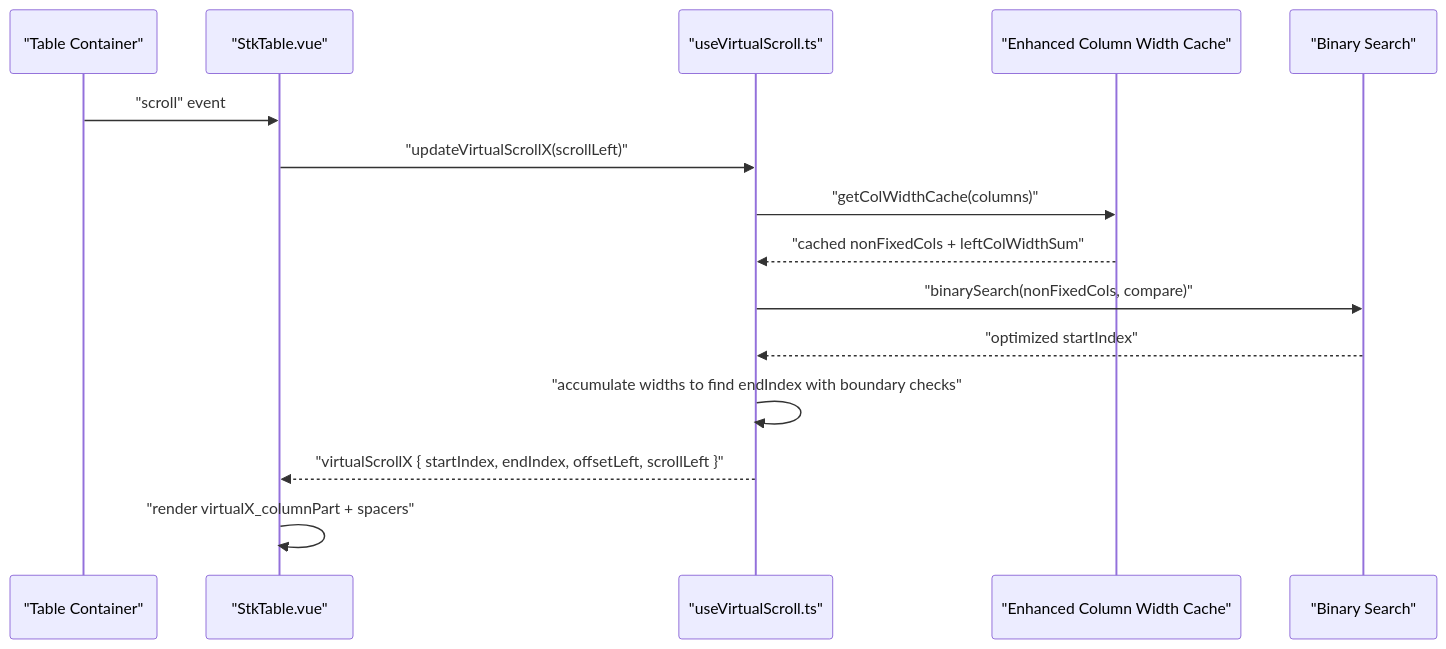
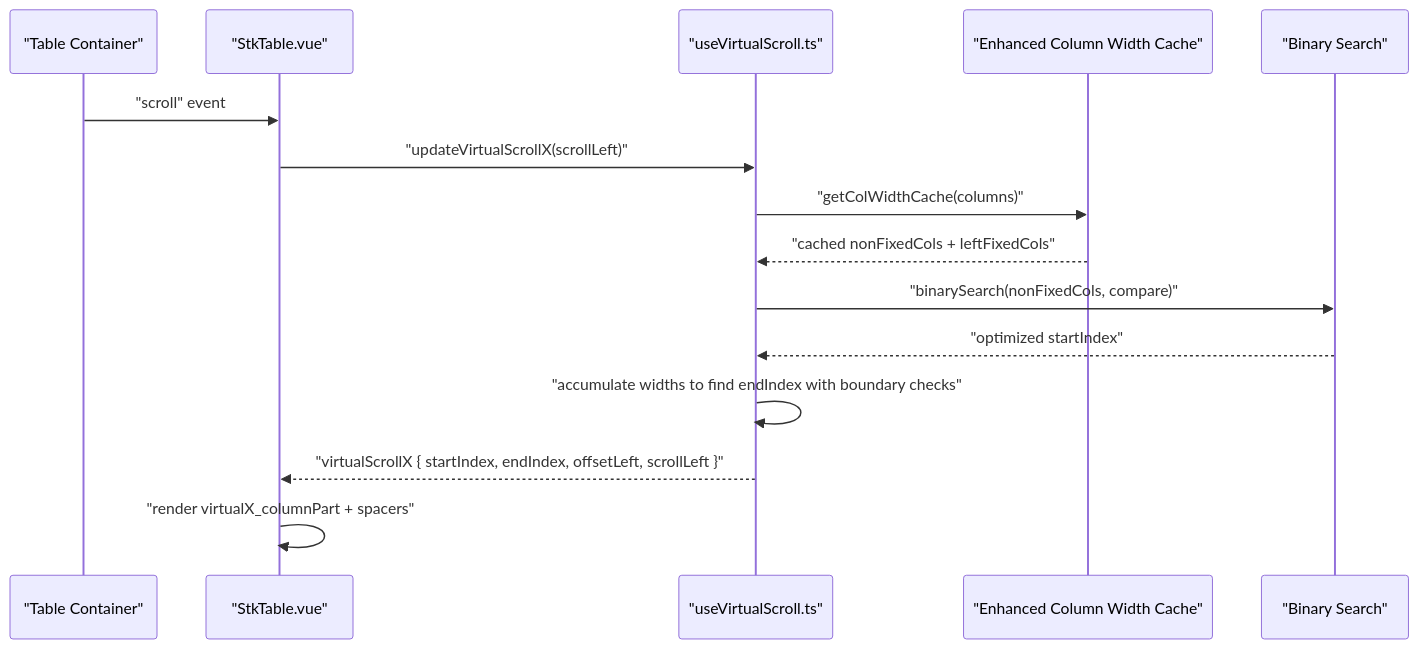
Before and after one commit to ja-plus/stk-table-vue: the second of 12 diagrams in .qoder/repowiki/en/content/Advanced Features/Virtual Scrolling/Horizontal Virtual Scrolling.md, drawn with Mermaid. The commit also changed other lines of this file and 6 other files, not shown here.

````diff
--- a/.qoder/repowiki/en/content/Advanced Features/Virtual Scrolling/Horizontal Virtual Scrolling.md
+++ b/.qoder/repowiki/en/content/Advanced Features/Virtual Scrolling/Horizontal Virtual Scrolling.md
@@ -134,17 +135,17 @@
 ```mermaid
 sequenceDiagram
 participant DOM as "Table Container"
 participant STK as "StkTable.vue"
 participant VSC as "useVirtualScroll.ts"
 participant CACHE as "Enhanced Column Width Cache"
 participant UTILS as "Binary Search"
 DOM->>STK : "scroll" event
 STK->>VSC : "updateVirtualScrollX(scrollLeft)"
 VSC->>CACHE : "getColWidthCache(columns)"
-CACHE-->>VSC : "cached nonFixedCols + leftColWidthSum"
+CACHE-->>VSC : "cached nonFixedCols + leftFixedCols"
 VSC->>UTILS : "binarySearch(nonFixedCols, compare)"
 UTILS-->>VSC : "optimized startIndex"
 VSC->>VSC : "accumulate widths to find endIndex with boundary checks"
 VSC-->>STK : "virtualScrollX { startIndex, endIndex, offsetLeft, scrollLeft }"
 STK->>STK : "render virtualX_columnPart + spacers"
 ```
````
